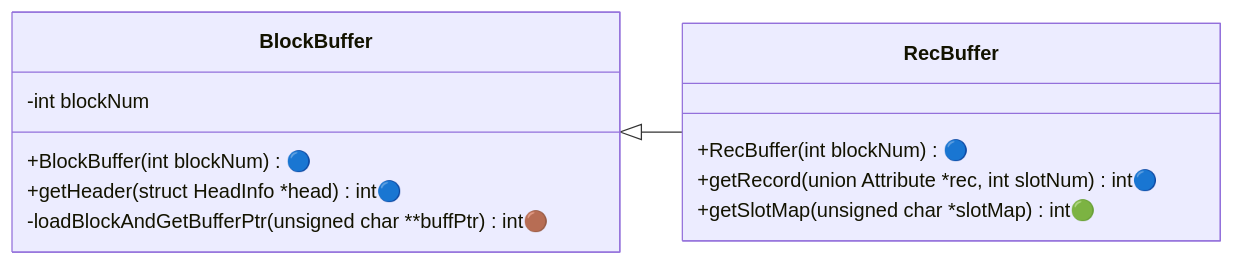
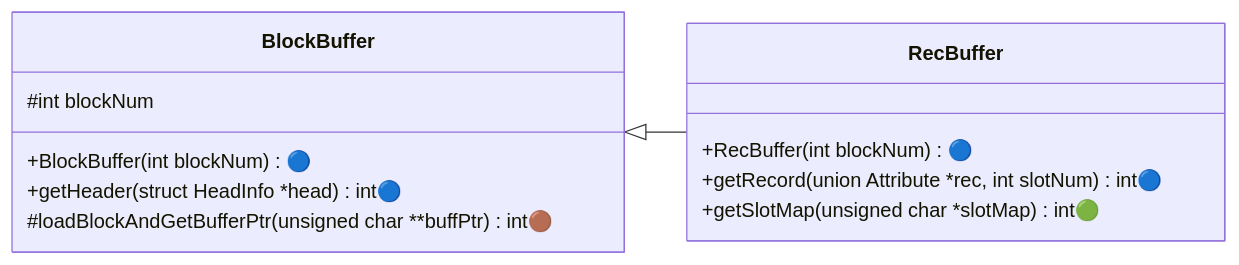
Before and after one commit to NITCbase/nitcbase.github.io: the fourth of 4 diagrams in docs/Roadmap/Stage04.md, drawn with Mermaid. The commit also changed 4 other files, not shown here.

````diff
--- a/docs/Roadmap/Stage04.md
+++ b/docs/Roadmap/Stage04.md
@@ -125,16 +125,16 @@
 ```mermaid
 classDiagram
   direction LR
   BlockBuffer <|-- RecBuffer
   class RecBuffer{
     +RecBuffer(int blockNum) 🔵
     +getRecord(union Attribute *rec, int slotNum) int🔵
     +getSlotMap(unsigned char *slotMap) int🟢
   }
   class BlockBuffer{
-    -int blockNum
+    #int blockNum
     +BlockBuffer(int blockNum) 🔵
     +getHeader(struct HeadInfo *head) int🔵
-    -loadBlockAndGetBufferPtr(unsigned char **buffPtr) int🟤
+    #loadBlockAndGetBufferPtr(unsigned char **buffPtr) int🟤
   }
 ```
````
